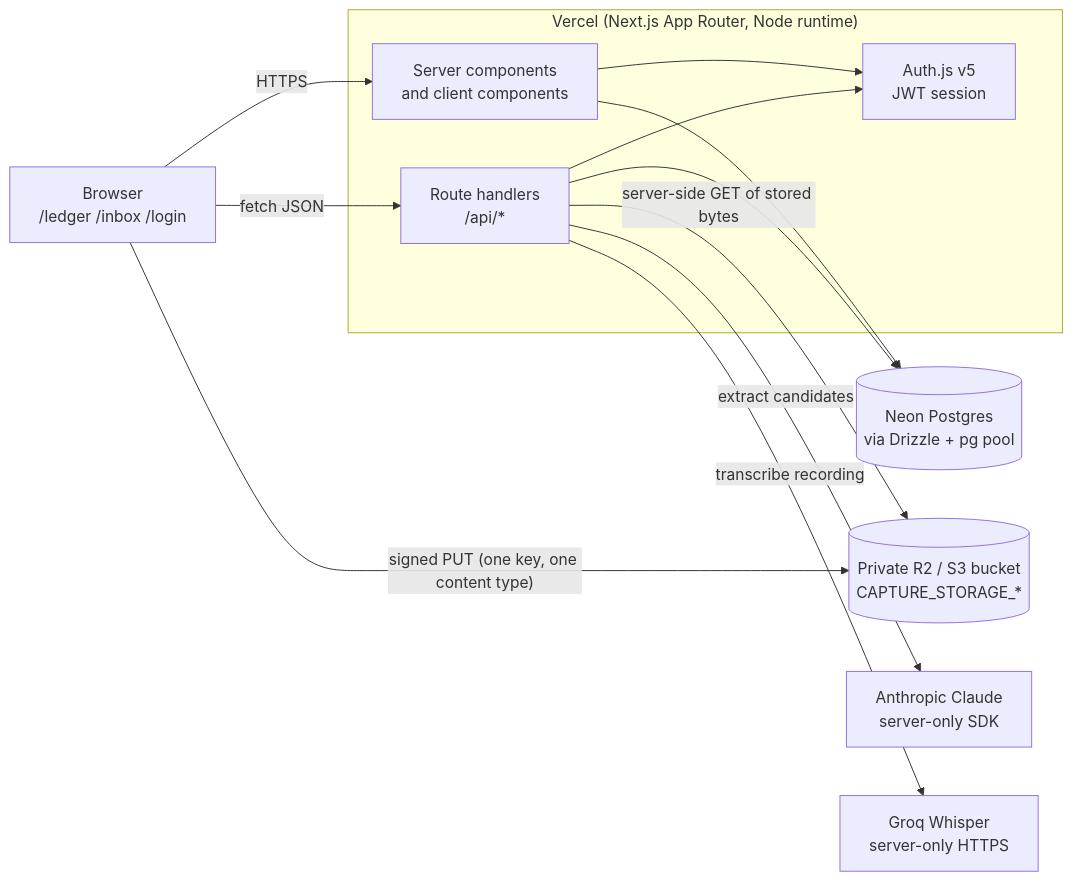
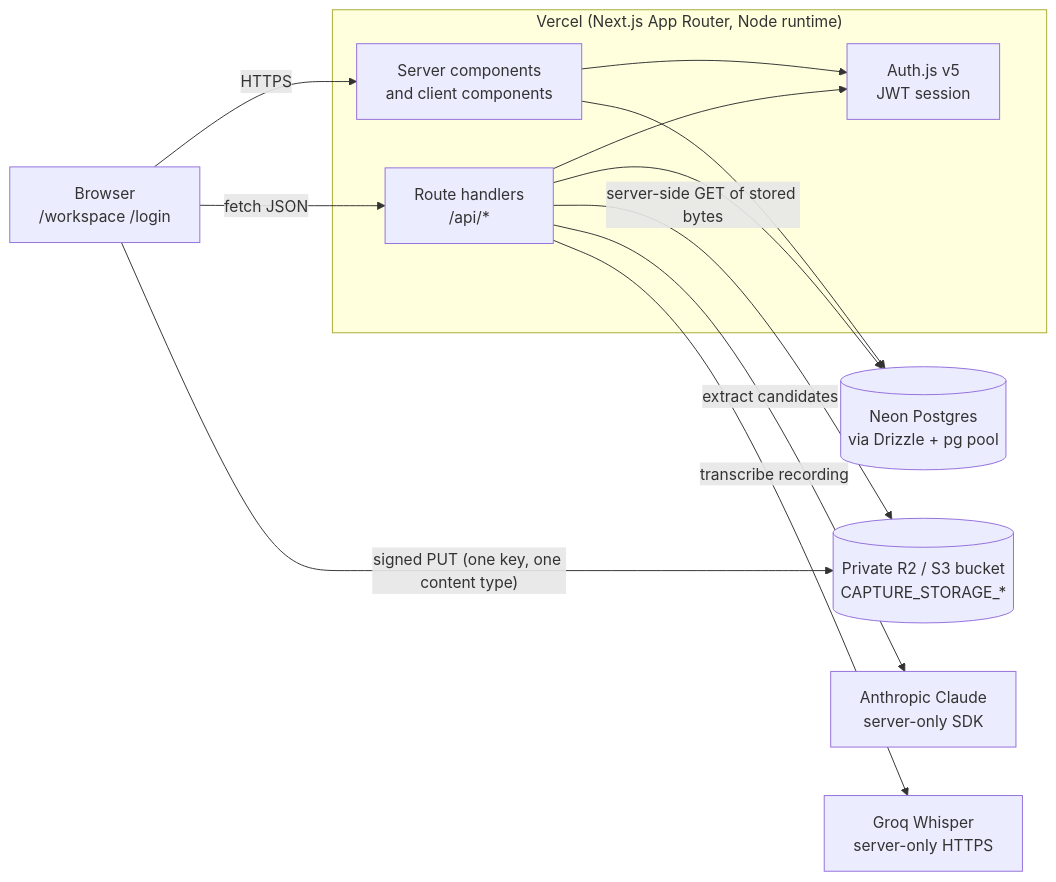
One commit to bhaveshbusa/subscription-records changed the first of 4 diagrams in docs/architecture.md. Above: the diagram before and after it, drawn with Mermaid. The commit also changed other lines of this file and 17 other files, not shown here.

````diff
--- a/docs/architecture.md
+++ b/docs/architecture.md
@@ -61,26 +60,26 @@
 ```mermaid
 flowchart LR
-  browser["Browser<br/>/ledger /inbox /login"]
+  browser["Browser<br/>/workspace /login"]
 
   subgraph vercel["Vercel (Next.js App Router, Node runtime)"]
     pages["Server components<br/>and client components"]
     api["Route handlers<br/>/api/*"]
     authjs["Auth.js v5<br/>JWT session"]
   end
 
   neon[("Neon Postgres<br/>via Drizzle + pg pool")]
   bucket[("Private R2 / S3 bucket<br/>CAPTURE_STORAGE_*")]
   claude["Anthropic Claude<br/>server-only SDK"]
   groq["Groq Whisper<br/>server-only HTTPS"]
 
   browser -- HTTPS --> pages
   browser -- "fetch JSON" --> api
   browser -- "signed PUT (one key, one content type)" --> bucket
   pages --> authjs
   api --> authjs
   pages --> neon
   api --> neon
   api -- "server-side GET of stored bytes" --> bucket
   api -- "extract candidates" --> claude
   api -- "transcribe recording" --> groq
 ```
````
